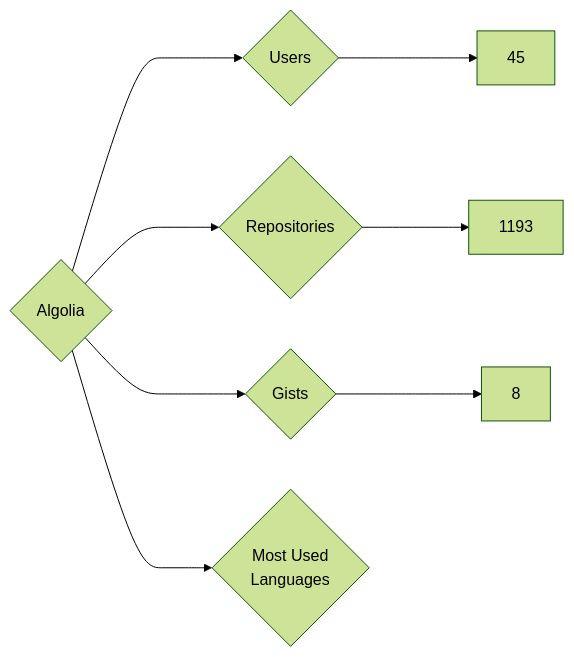
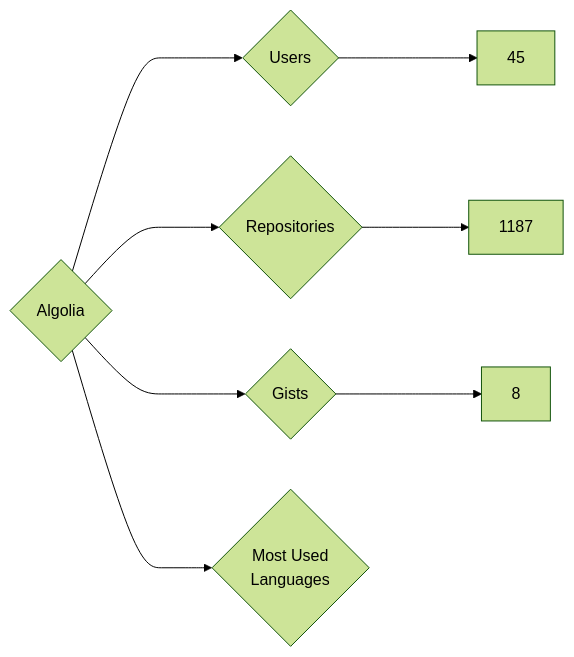
Before and after one commit to nenadzaric/insiders: the diagram in targets/Algolia/README.md, drawn with Mermaid (forest theme). The commit also changed 21 other files, not shown here.

````diff
--- a/targets/Algolia/README.md
+++ b/targets/Algolia/README.md
@@ -3,8 +3,8 @@
 ```mermaid
 graph LR
 COMPANY_NAME{Algolia}
 COMPANY_NAME ---> U{Users} ---> UN[45]
-COMPANY_NAME ---> R{Repositories} ---> RN[1193]
+COMPANY_NAME ---> R{Repositories} ---> RN[1187]
 COMPANY_NAME ---> G{Gists} ---> GN[8]
 COMPANY_NAME ---> ML{Most Used<br>Languages}
 ```
````
